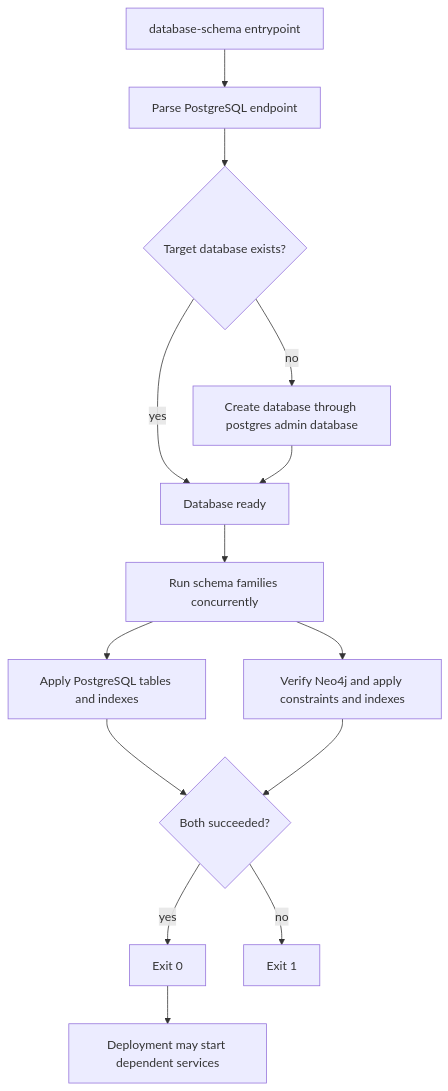
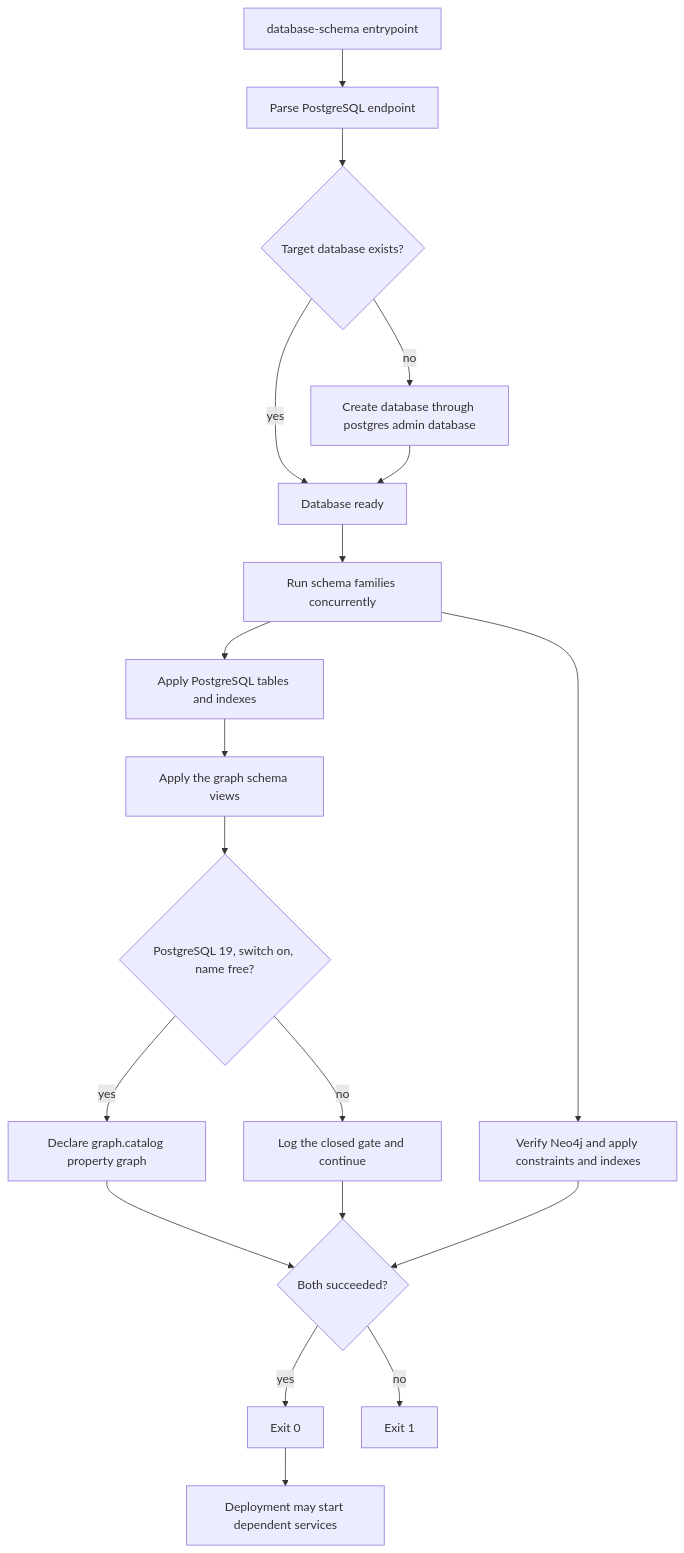
Before and after one commit to groovemap-music/database-schema: the second of 2 diagrams in docs/architecture.md, drawn with Mermaid. The commit also changed other lines of this file, not shown here.

First line of the commit message:
docs(architecture): make the graph section read as one whole

````diff
--- a/docs/architecture.md
+++ b/docs/architecture.md
@@ -29,16 +31,21 @@
 ```mermaid
 flowchart TD
     E[database-schema entrypoint] --> P[Parse PostgreSQL endpoint]
     P --> D{Target database exists?}
     D -->|no| C[Create database through postgres admin database]
     D -->|yes| R[Database ready]
     C --> R
     R --> F[Run schema families concurrently]
     F --> PG[Apply PostgreSQL tables and indexes]
     F --> N[Verify Neo4j and apply constraints and indexes]
-    PG --> G{Both succeeded?}
+    PG --> GV[Apply the graph schema views]
+    GV --> Q{"PostgreSQL 19, switch on, name free?"}
+    Q -->|yes| CAT["Declare graph.catalog property graph"]
+    Q -->|no| SK[Log the closed gate and continue]
+    CAT --> G{Both succeeded?}
+    SK --> G
     N --> G
     G -->|yes| Z[Exit 0]
     G -->|no| X[Exit 1]
     Z --> S[Deployment may start dependent services]
 ```
````
